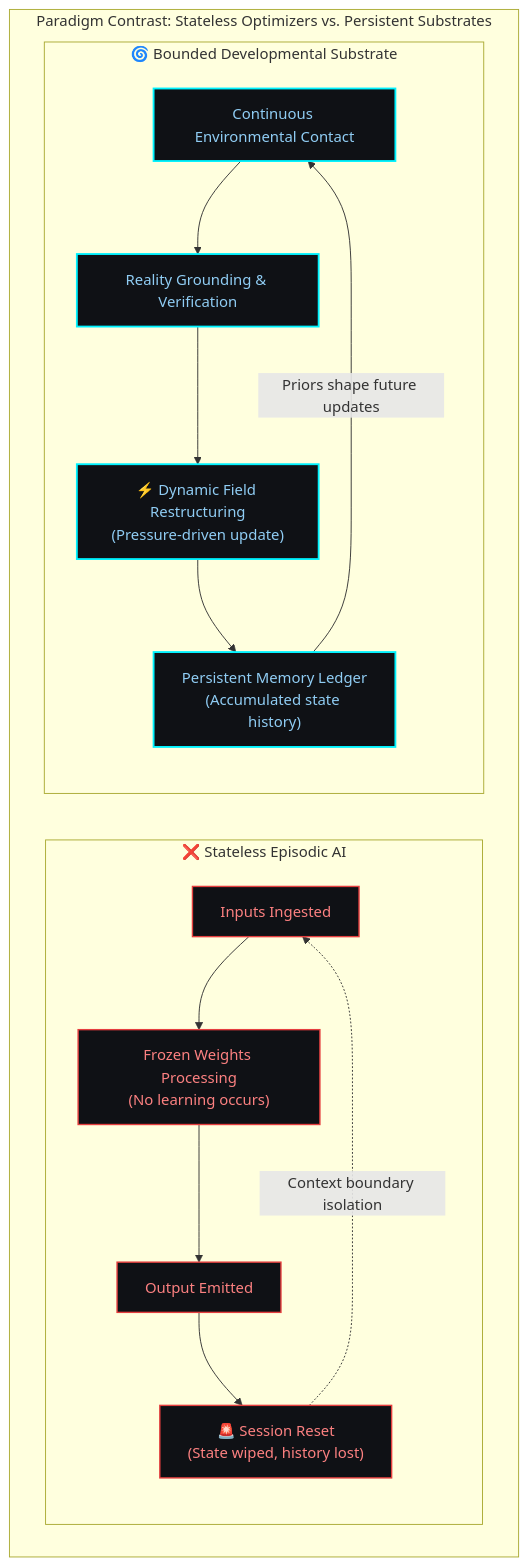
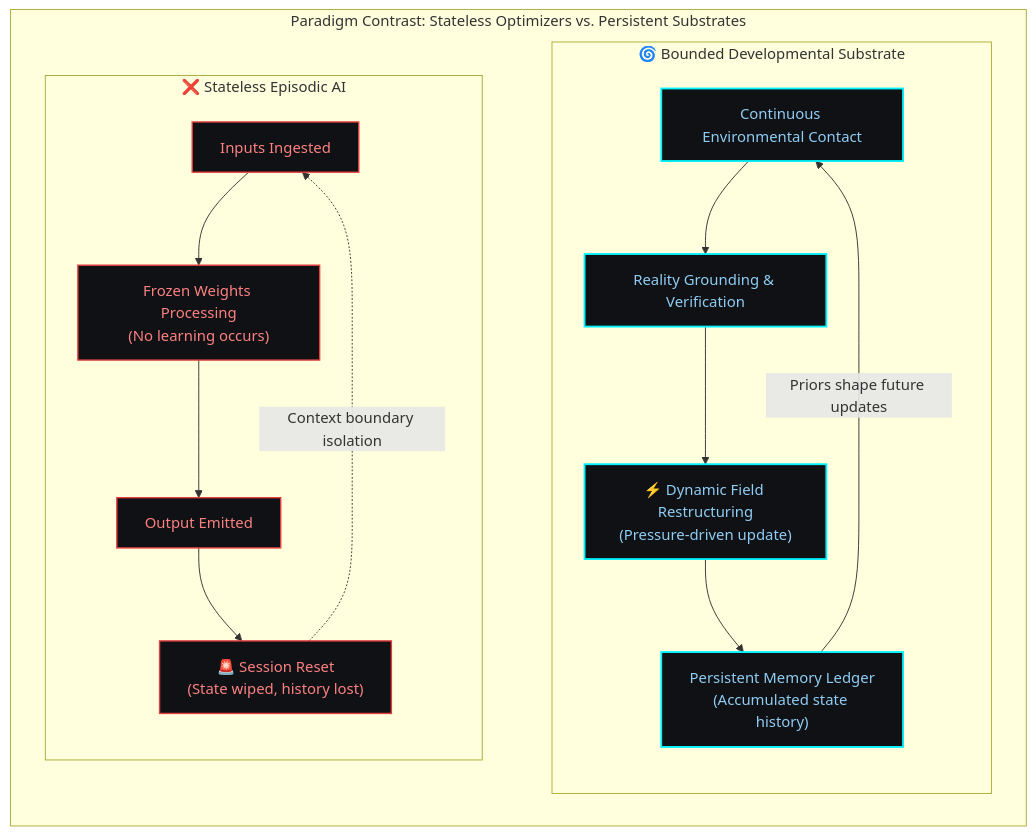
Before and after one commit to rk-roshan-kr/Earthos-public: the first of 9 diagrams in docs/architecture.md, drawn with Mermaid. The commit also changed 5 other files, not shown here.

Commit message:
docs: finalize program to project transition, and force side-by-side paradigm contrast diagram alignment

````diff
--- a/docs/architecture.md
+++ b/docs/architecture.md
@@ -28,26 +28,27 @@
 ```mermaid
 graph LR
     classDef static fill:#0f1115,stroke:#e53e3e,stroke-width:1.5px,color:#fc8181;
     classDef persistent fill:#0f1115,stroke:#00f2fe,stroke-width:2px,color:#90cdf4;
     classDef envelope fill:#0f1115,stroke:#4a5568,stroke-width:1px,color:#718096,stroke-dasharray: 4 4;
 
     subgraph COMPARISON_TERRAIN ["Paradigm Contrast: Stateless Optimizers vs. Persistent Substrates"]
         direction LR
 
         subgraph STATELESS_PARADIGM ["❌ Stateless Episodic AI"]
             direction TB
             A1["Inputs Ingested"]:::static --> A2["Frozen Weights Processing\n(No learning occurs)"]:::static
             A2 --> A3["Output Emitted"]:::static
             A3 --> A4["🚨 Session Reset\n(State wiped, history lost)"]:::static
             A4 -.->|Context boundary isolation| A1
         end
 
         subgraph PERSISTENT_PARADIGM ["🌀 Bounded Developmental Substrate"]
             direction TB
             B1["Continuous Environmental Contact"]:::persistent --> B2["Reality Grounding & Verification"]:::persistent
             B2 --> B3["⚡ Dynamic Field Restructuring\n(Pressure-driven update)"]:::persistent
             B3 --> B4["Persistent Memory Ledger\n(Accumulated state history)"]:::persistent
             B4 -->|Priors shape future updates| B1
         end
+        A4 ~~~ B1
     end
 ```
````
